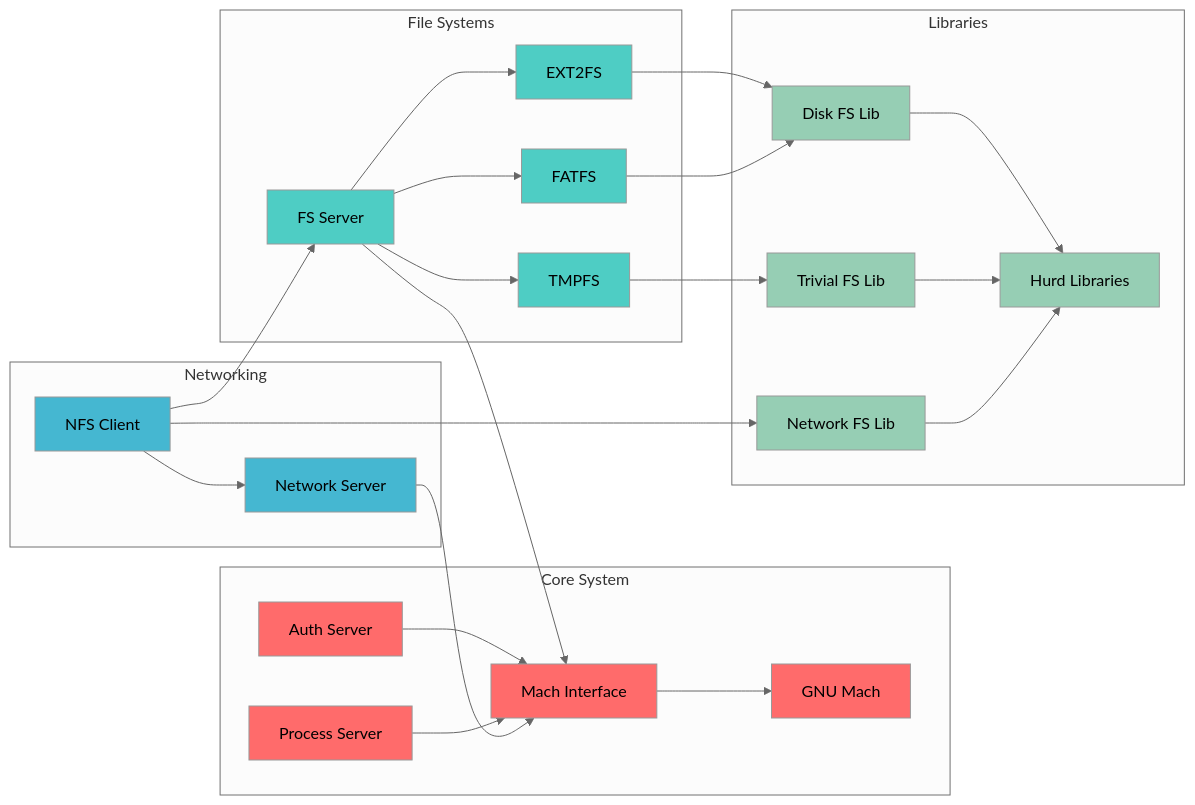
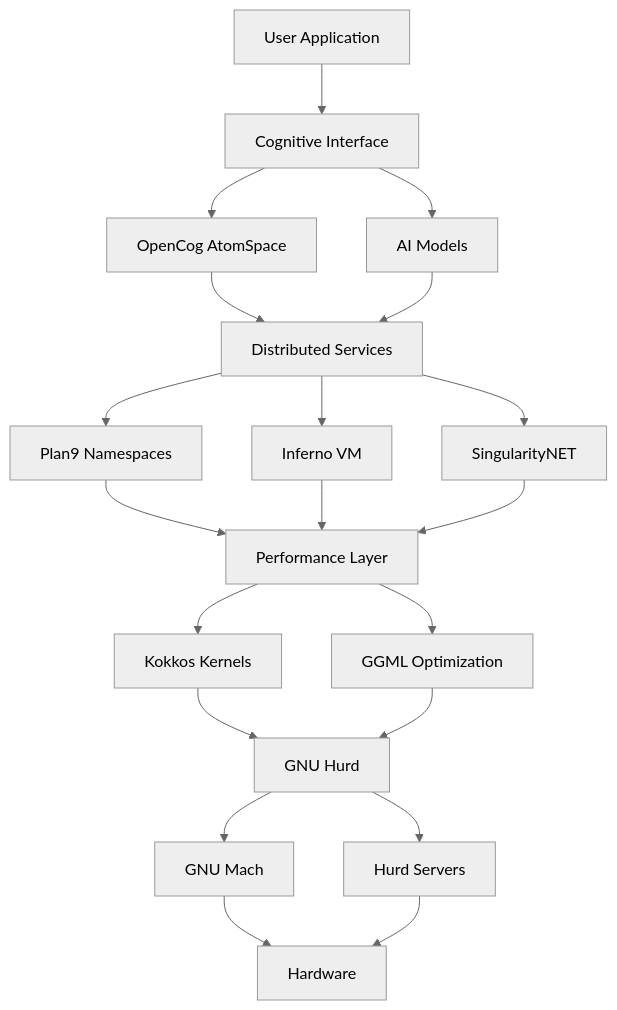
One commit to rzonedevops/hurdcog changed the diagram in DEVELOPMENT_ROADMAP.md. Above: the diagram before and after it, drawn with Mermaid (neutral theme). The commit also changed other lines of this file and 32 other files, not shown here.

Commit message:
Clean GNU Hurd repo: Remove financial components, reorganize for cognitive architecture

````diff
--- a/DEVELOPMENT_ROADMAP.md
+++ b/DEVELOPMENT_ROADMAP.md
@@ -120,64 +323,22 @@
 ```mermaid
-graph LR
-    %% Core Dependencies
-    subgraph "Core System"
-        gnumach[GNU Mach]
-        mach[Mach Interface]
-        auth[Auth Server]
-        proc[Process Server]
-    end
-    
-    subgraph "File Systems"
-        fs[FS Server]
-        ext2fs[EXT2FS]
-        tmpfs[TMPFS]
-        fatfs[FATFS]
-    end
-    
-    subgraph "Networking"
-        pfinet[Network Server]
-        nfs[NFS Client]
-    end
-    
-    subgraph "Libraries"
-        libhurd[Hurd Libraries]
-        libdiskfs[Disk FS Lib]
-        libtrivfs[Trivial FS Lib]
-        libnetfs[Network FS Lib]
-    end
-    
-    %% Dependencies
-    auth --> mach
-    proc --> mach
-    fs --> mach
-    pfinet --> mach
-    
-    mach --> gnumach
-    
-    fs --> ext2fs
-    fs --> tmpfs
-    fs --> fatfs
-    
-    ext2fs --> libdiskfs
-    tmpfs --> libtrivfs
-    fatfs --> libdiskfs
-    
-    libdiskfs --> libhurd
-    libtrivfs --> libhurd
-    libnetfs --> libhurd
-    
-    nfs --> pfinet
-    nfs --> fs
-    nfs --> libnetfs
-    
-    %% Styling
-    classDef core fill:#FF6B6B
-    classDef fs fill:#4ECDC4
-    classDef net fill:#45B7D1
-    classDef lib fill:#96CEB4
-    
-    class gnumach,mach,auth,proc core
-    class fs,ext2fs,tmpfs,fatfs fs
-    class pfinet,nfs net
-    class libhurd,libdiskfs,libtrivfs,libnetfs lib
+graph TD
+    A[User Application] --> B[Cognitive Interface]
+    B --> C[OpenCog AtomSpace]
+    B --> D[AI Models]
+    C --> E[Distributed Services]
+    D --> E
+    E --> F[Plan9 Namespaces]
+    E --> G[Inferno VM]
+    E --> H[SingularityNET]
+    F --> I[Performance Layer]
+    G --> I
+    H --> I
+    I --> J[Kokkos Kernels]
+    I --> K[GGML Optimization]
+    J --> L[GNU Hurd]
+    K --> L
+    L --> M[GNU Mach]
+    L --> N[Hurd Servers]
+    M --> O[Hardware]
+    N --> O
 ```
````
